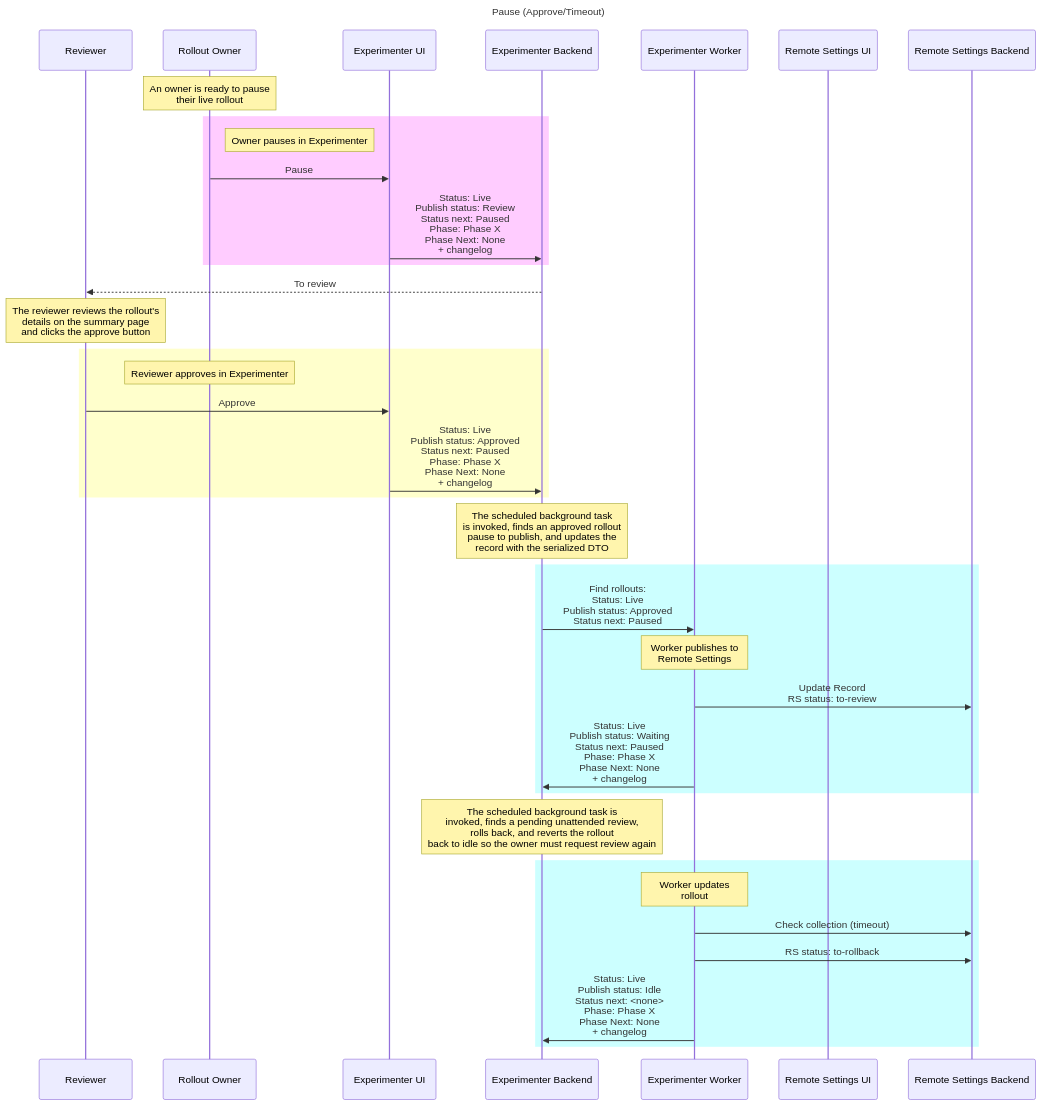
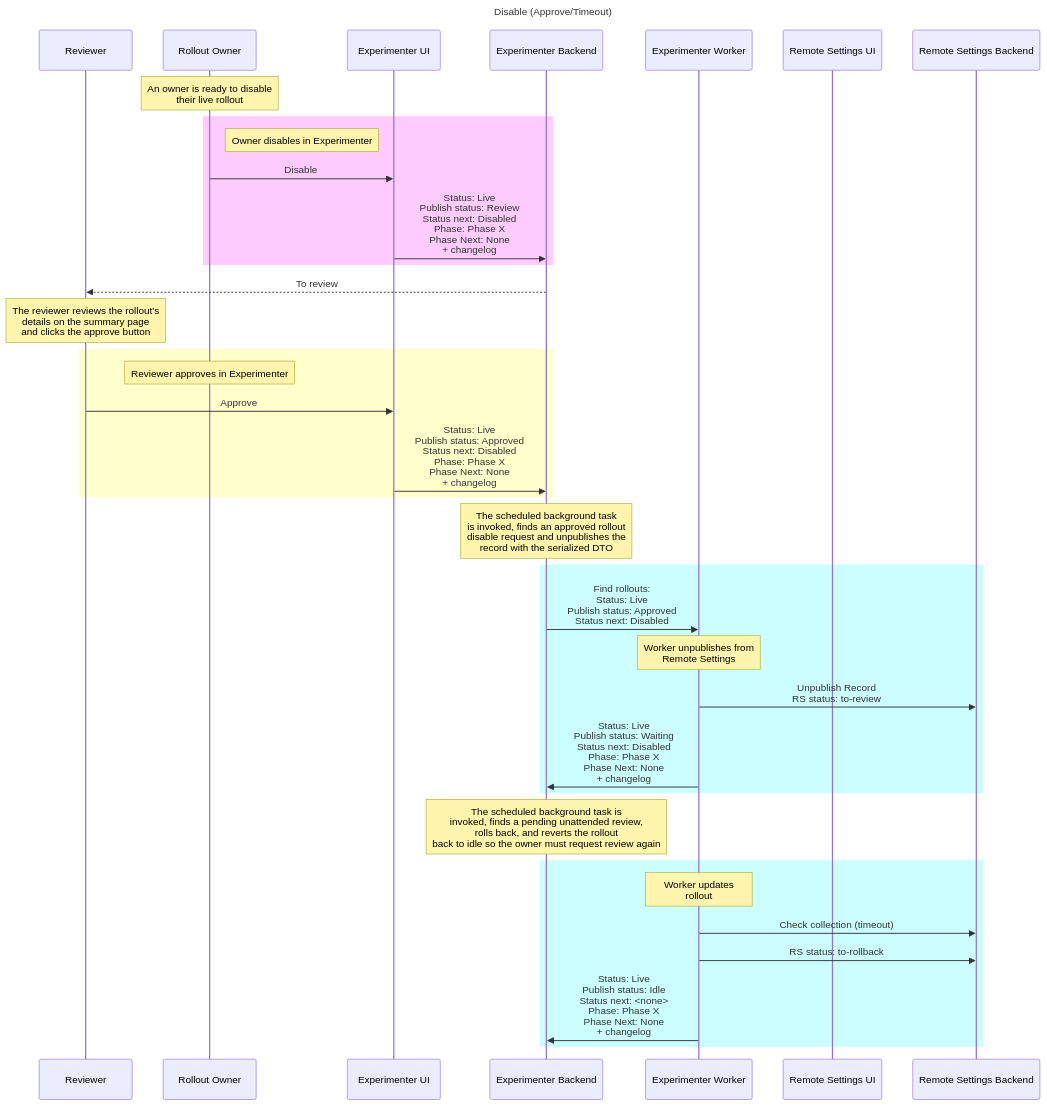
Before and after one commit to mozilla/experimenter: diagram 20 of 27 in docs/experimenter/rollouts.md, drawn with Mermaid. The commit also changed other lines of this file, not shown here.

First line of the commit message:
docs(nimbus): Add rollout mermaid diagrams

````diff
--- a/docs/experimenter/rollouts.md
+++ b/docs/experimenter/rollouts.md
@@ -907,46 +907,46 @@
 ```mermaid
   sequenceDiagram
     participant Reviewer
     participant Rollout Owner
     participant Experimenter UI
     participant Experimenter Backend
     participant Experimenter Worker
     participant Remote Settings UI
     participant Remote Settings Backend
-    title Pause (Approve/Timeout)
+    title Disable (Approve/Timeout)
     
-    Note over Rollout Owner: An owner is ready to pause <br/> their live rollout
+    Note over Rollout Owner: An owner is ready to disable <br/> their live rollout
     
     rect rgb(255,204,255) 
-        Note right of Rollout Owner: Owner pauses in Experimenter
-        Rollout Owner->>Experimenter UI: Pause
-        Experimenter UI->>Experimenter Backend: Status: Live <br/> Publish status: Review <br/> Status next: Paused <br/> Phase: Phase X <br/> Phase Next: None <br/> + changelog
+        Note right of Rollout Owner: Owner disables in Experimenter
+        Rollout Owner->>Experimenter UI: Disable
+        Experimenter UI->>Experimenter Backend: Status: Live <br/> Publish status: Review <br/> Status next: Disabled <br/> Phase: Phase X <br/> Phase Next: None <br/> + changelog
     end 
     
     Experimenter Backend-->>Reviewer: To review
     Note over Reviewer: The reviewer reviews the rollout's <br/> details on the summary page <br/> and clicks the approve button
     
     rect rgb(255,255,204) 
         Note over Rollout Owner: Reviewer approves in Experimenter
         Reviewer->>Experimenter UI: Approve
-        Experimenter UI->>Experimenter Backend: Status: Live <br/> Publish status: Approved <br/> Status next: Paused <br/> Phase: Phase X <br/> Phase Next: None <br/> + changelog
+        Experimenter UI->>Experimenter Backend: Status: Live <br/> Publish status: Approved <br/> Status next: Disabled <br/> Phase: Phase X <br/> Phase Next: None <br/> + changelog
     end 
  
-    Note over Experimenter Backend: The scheduled background task <br/> is invoked, finds an approved rollout <br/> pause to publish, and updates the <br/> record with the serialized DTO
+    Note over Experimenter Backend: The scheduled background task <br/> is invoked, finds an approved rollout <br/> disable request and unpublishes the <br/> record with the serialized DTO
     
     rect rgb(204,255,255) 
-        Experimenter Backend->>Experimenter Worker: Find rollouts: <br/> Status: Live <br/> Publish status: Approved <br/> Status next: Paused
-        Note over Experimenter Worker: Worker publishes to <br/>Remote Settings
-        Experimenter Worker->>Remote Settings Backend: Update Record <br/> RS status: to-review
-        Experimenter Worker->>Experimenter Backend: Status: Live <br/> Publish status: Waiting <br/> Status next: Paused <br/> Phase: Phase X <br/> Phase Next: None <br/> + changelog
+        Experimenter Backend->>Experimenter Worker: Find rollouts: <br/> Status: Live <br/> Publish status: Approved <br/> Status next: Disabled
+        Note over Experimenter Worker: Worker unpublishes from <br/>Remote Settings
+        Experimenter Worker->>Remote Settings Backend: Unpublish Record <br/> RS status: to-review
+        Experimenter Worker->>Experimenter Backend: Status: Live <br/> Publish status: Waiting <br/> Status next: Disabled <br/> Phase: Phase X <br/> Phase Next: None <br/> + changelog
     end 
 
     Note over Experimenter Backend: The scheduled background task is <br/> invoked, finds a pending unattended review, <br/> rolls back, and reverts the rollout <br/> back to idle so the owner must request review again
    
     rect rgb(204,255,255) 
         Note over Experimenter Worker: Worker updates <br/> rollout
         Experimenter Worker->>Remote Settings Backend: Check collection (timeout)
         Experimenter Worker->>Remote Settings Backend: RS status: to-rollback
         Experimenter Worker->>Experimenter Backend:  Status: Live <br/> Publish status: Idle <br/> Status next: <none> <br/> Phase: Phase X <br/> Phase Next: None <br/> + changelog
     end
 ```
````
